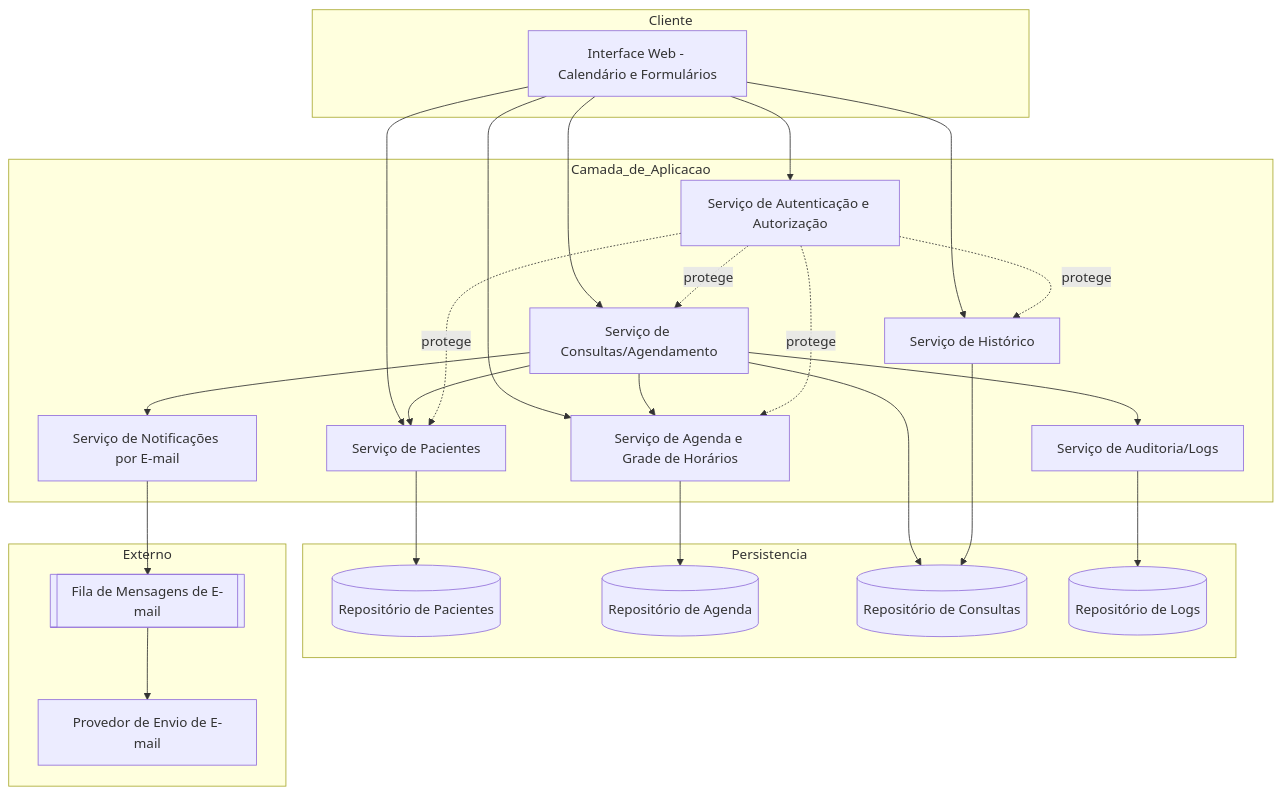
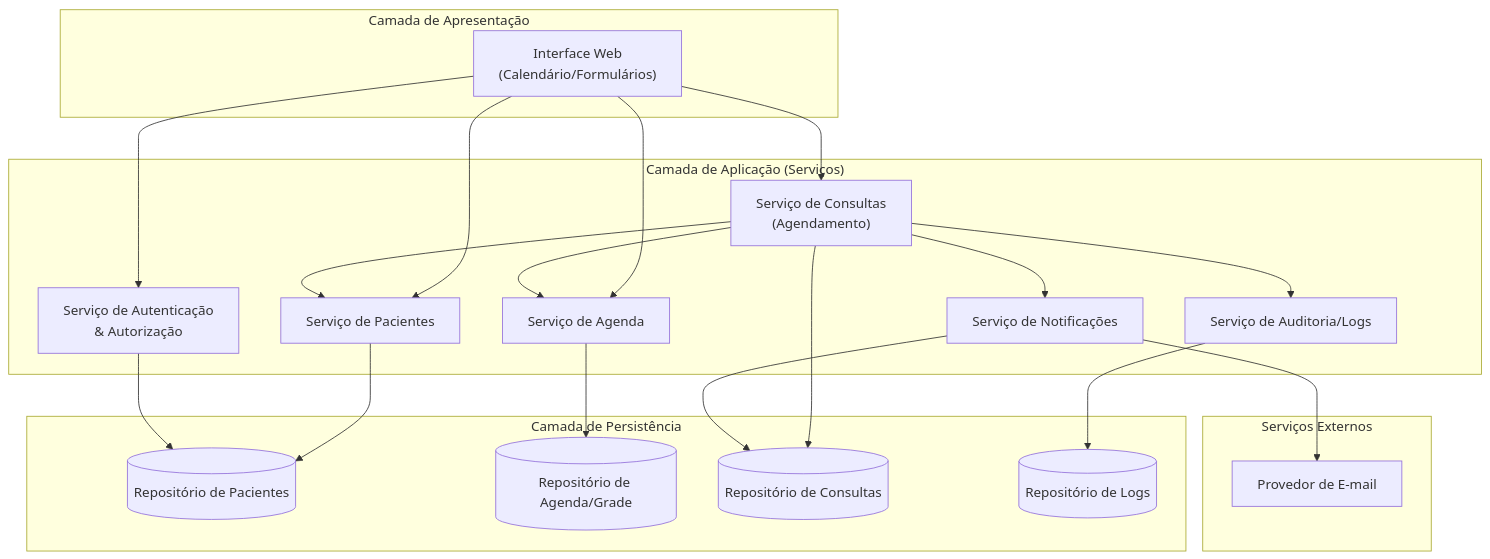
Before and after one commit to PDC-ESIA/AI4ES: the first of 4 diagrams in docs/Time_2_Design/analise-qualitativa/outputs/relatorio_claude_opus_4_8_P02.md, drawn with Mermaid. The commit also changed other lines of this file and 107 other files, not shown here.

````diff
--- a/docs/Time_2_Design/analise-qualitativa/outputs/relatorio_claude_opus_4_8_P02.md
+++ b/docs/Time_2_Design/analise-qualitativa/outputs/relatorio_claude_opus_4_8_P02.md
@@ -30,50 +28,43 @@
 ```mermaid
-graph TD
-    subgraph Cliente
-        UI[Interface Web - Calendário e Formulários]
+flowchart TB
+    subgraph Cliente["Camada de Apresentação"]
+        UI["Interface Web\n(Calendário/Formulários)"]
     end
 
-    subgraph Camada_de_Aplicacao
-        AUTH[Serviço de Autenticação e Autorização]
-        PAC[Serviço de Pacientes]
-        AGE[Serviço de Agenda e Grade de Horários]
-        CONS[Serviço de Consultas/Agendamento]
-        HIST[Serviço de Histórico]
-        NOTIF[Serviço de Notificações por E-mail]
-        LOG[Serviço de Auditoria/Logs]
+    subgraph Aplicacao["Camada de Aplicação (Serviços)"]
+        AUTH["Serviço de Autenticação\n& Autorização"]
+        PAC["Serviço de Pacientes"]
+        AGE["Serviço de Agenda"]
+        CON["Serviço de Consultas\n(Agendamento)"]
+        NOT["Serviço de Notificações"]
+        LOG["Serviço de Auditoria/Logs"]
     end
 
-    subgraph Persistencia
-        REP_PAC[(Repositório de Pacientes)]
-        REP_AGE[(Repositório de Agenda)]
-        REP_CONS[(Repositório de Consultas)]
-        REP_LOG[(Repositório de Logs)]
+    subgraph Persistencia["Camada de Persistência"]
+        RP[("Repositório de Pacientes")]
+        RA[("Repositório de Agenda/Grade")]
+        RC[("Repositório de Consultas")]
+        RL[("Repositório de Logs")]
     end
 
-    subgraph Externo
-        FILA[[Fila de Mensagens de E-mail]]
-        SMTP[Provedor de Envio de E-mail]
+    subgraph Externo["Serviços Externos"]
+        MAIL["Provedor de E-mail"]
     end
 
     UI --> AUTH
     UI --> PAC
     UI --> AGE
-    UI --> CONS
-    UI --> HIST
+    UI --> CON
 
-    PAC --> REP_PAC
-    AGE --> REP_AGE
-    CONS --> REP_CONS
-    CONS --> AGE
-    CONS --> PAC
-    CONS --> NOTIF
-    CONS --> LOG
-    HIST --> REP_CONS
-    NOTIF --> FILA
-    FILA --> SMTP
-    LOG --> REP_LOG
-    AUTH -.protege.-> PAC
-    AUTH -.protege.-> CONS
-    AUTH -.protege.-> AGE
-    AUTH -.protege.-> HIST
+    PAC --> RP
+    AGE --> RA
+    CON --> RC
+    CON --> AGE
+    CON --> PAC
+    CON --> NOT
+    CON --> LOG
+    NOT --> MAIL
+    NOT --> RC
+    LOG --> RL
+    AUTH --> RP
 ```
````
